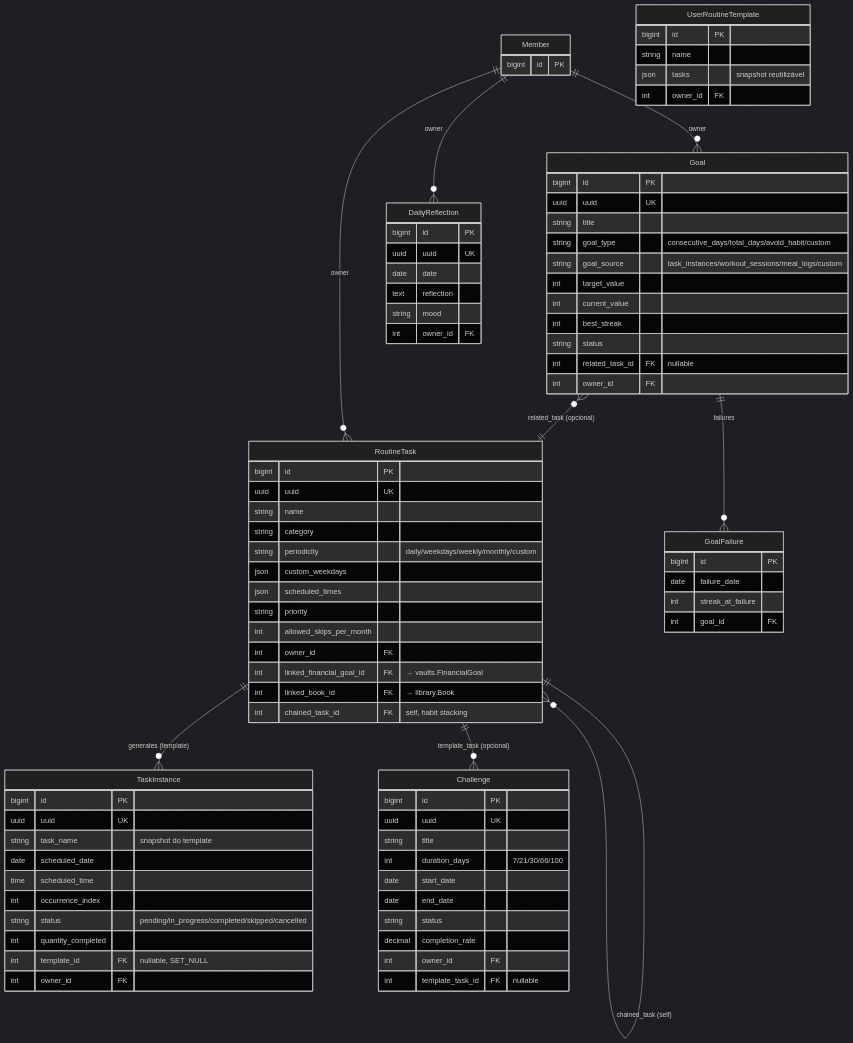
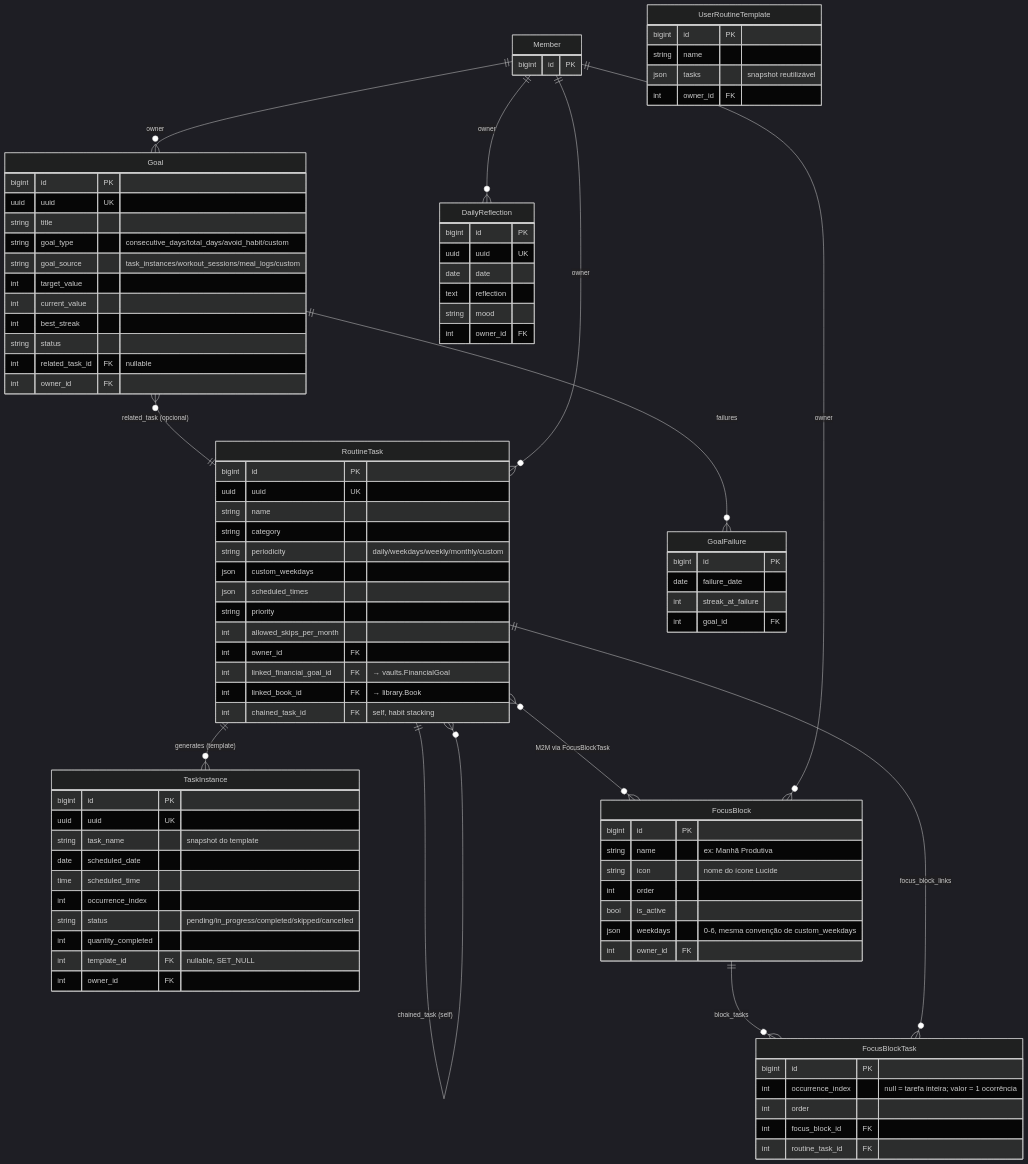
Diagram 12 of 26 in documentation/architecture/diagrams.md (tarcisioribeiro/Axiom), drawn with Mermaid (dark theme) before and after one commit. The commit also changed other lines of this file and 35 other files, not shown here.

````diff
--- a/documentation/architecture/diagrams.md
+++ b/documentation/architecture/diagrams.md
@@ -1122,17 +1135,22 @@
         int goal_id FK
     }
 
-    Challenge {
+    FocusBlock {
         bigint id PK
-        uuid uuid UK
-        string title
-        int duration_days "7/21/30/66/100"
-        date start_date
-        date end_date
-        string status
-        decimal completion_rate
+        string name "ex: Manhã Produtiva"
+        string icon "nome do ícone Lucide"
+        int order
+        bool is_active
+        json weekdays "0-6, mesma convenção de custom_weekdays"
         int owner_id FK
-        int template_task_id FK "nullable"
+    }
+
+    FocusBlockTask {
+        bigint id PK
+        int occurrence_index "null = tarefa inteira; valor = 1 ocorrência"
+        int order
+        int focus_block_id FK
+        int routine_task_id FK
     }
 
     DailyReflection {
@@ -1145,11 +1163,14 @@
     }
 
     RoutineTask ||--o{ TaskInstance : "generates (template)"
-    RoutineTask ||--o{ Challenge : "template_task (opcional)"
     RoutineTask ||--o{ RoutineTask : "chained_task (self)"
+    RoutineTask }o--o{ FocusBlock : "M2M via FocusBlockTask"
+    FocusBlock ||--o{ FocusBlockTask : "block_tasks"
+    RoutineTask ||--o{ FocusBlockTask : "focus_block_links"
     Goal ||--o{ GoalFailure : "failures"
     Goal }o--|| RoutineTask : "related_task (opcional)"
     Member ||--o{ RoutineTask : owner
     Member ||--o{ Goal : owner
+    Member ||--o{ FocusBlock : owner
     Member ||--o{ DailyReflection : owner
 ```
````
